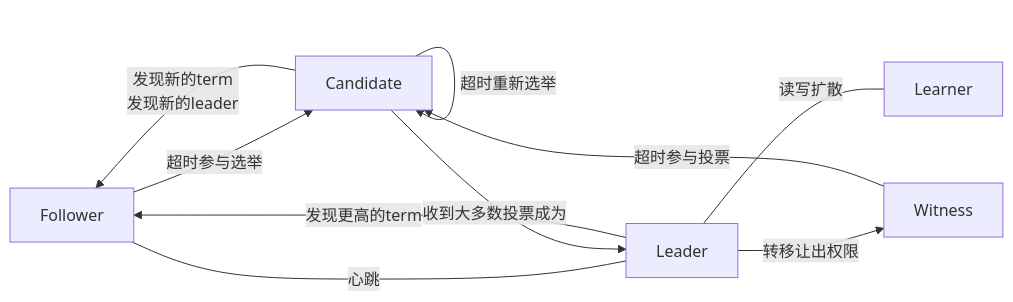
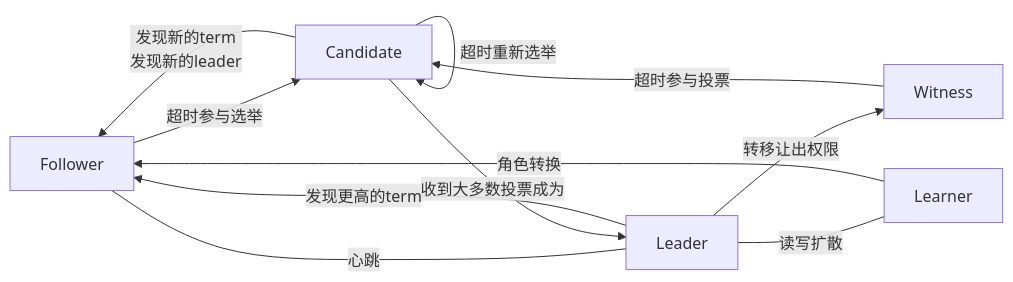
Before and after one commit to wanghenshui/wanghenshui.github.io: the diagram in _posts/mmd/raft-v1.mmd, drawn with Mermaid. The commit also changed 3 other files, not shown here.

```diff
--- a/_posts/mmd/raft-v1.mmd
+++ b/_posts/mmd/raft-v1.mmd
@@ -1,10 +1,11 @@
 flowchart LR
     Follower -->|超时参与选举| Candidate
     Witness -->|超时参与投票| Candidate
     Follower  --- |心跳|Leader
     Leader --> |转移让出权限|Witness
     Candidate --> |超时重新选举| Candidate
     Candidate --> |收到大多数投票成为|Leader
     Leader --> |发现更高的term|Follower
     Candidate --> |发现新的term<br>发现新的leader|Follower
     Leader --- |读写扩散|Learner
+    Learner --> |角色转换|Follower
```
